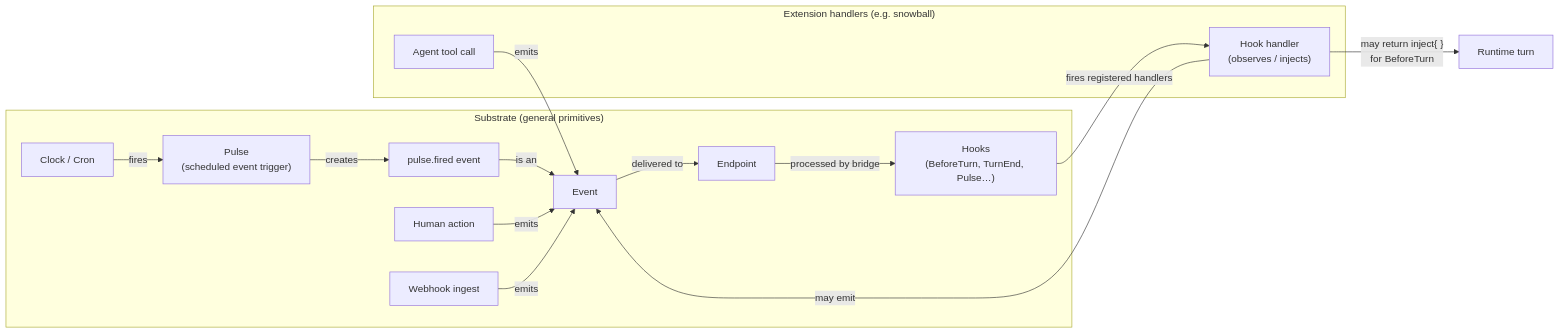
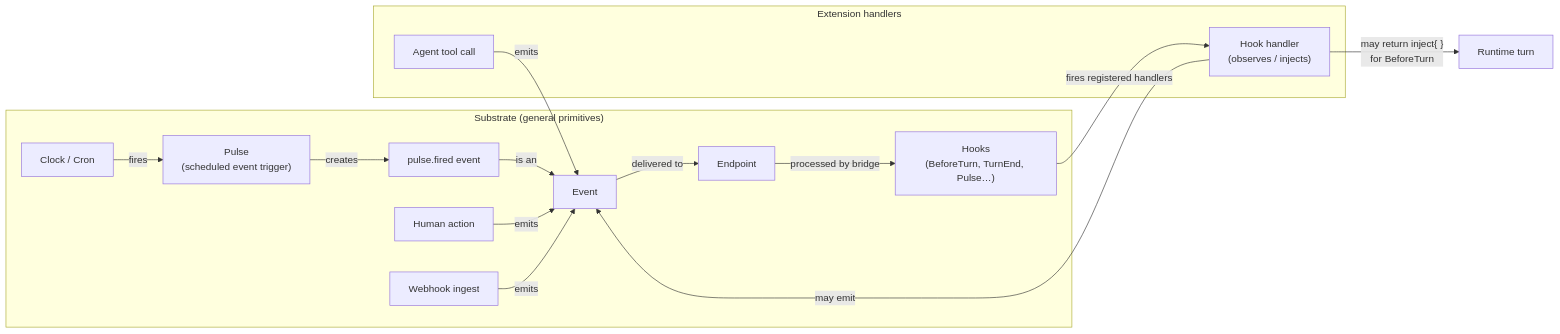
Before and after one commit to floe-ai/floe-subtrate: the eighth of 8 diagrams in docs/architecture/overview.md, drawn with Mermaid. The commit also changed other lines of this file and 2 other files, not shown here.

First line of the commit message:
docs: separate extension documentation from substrate

````diff
--- a/docs/architecture/overview.md
+++ b/docs/architecture/overview.md
@@ -573,21 +369,21 @@
 ```mermaid
 graph LR
     subgraph SUB["Substrate (general primitives)"]
         SCHED["Clock / Cron"] -->|"fires"| PL["Pulse\n(scheduled event trigger)"]
         PL -->|"creates"| PFE["pulse.fired event"]
         PFE -->|"is an"| EV["Event"]
         HUM["Human action"] -->|"emits"| EV
         WH["Webhook ingest"] -->|"emits"| EV
         EV -->|"delivered to"| EP["Endpoint"]
         EP -->|"processed by bridge"| HOOKS["Hooks\n(BeforeTurn, TurnEnd, Pulse…)"]
     end
 
-    subgraph EXT["Extension handlers (e.g. snowball)"]
+    subgraph EXT["Extension handlers"]
         HNDL["Hook handler\n(observes / injects)"]
         AGT["Agent tool call"] -->|"emits"| EV
         HNDL -->|"may emit"| EV
     end
 
     HOOKS -->|"fires registered handlers"| HNDL
     HNDL -->|"may return inject{ }\nfor BeforeTurn"| RT["Runtime turn"]
 ```
````
